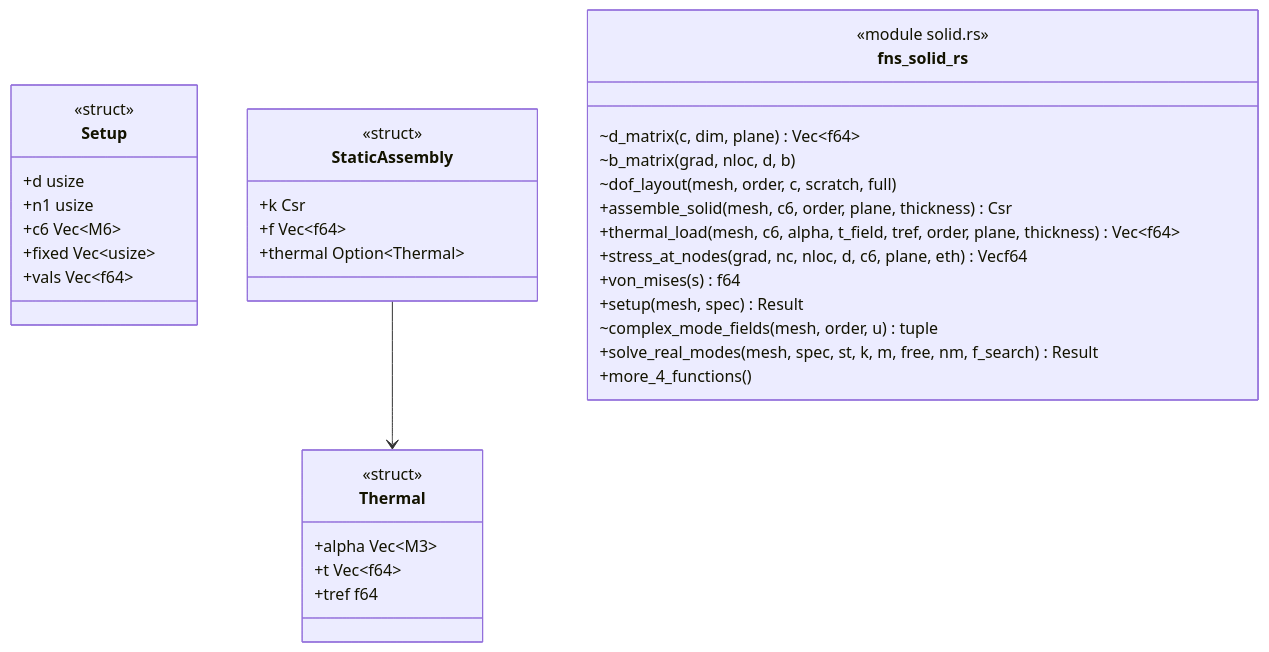
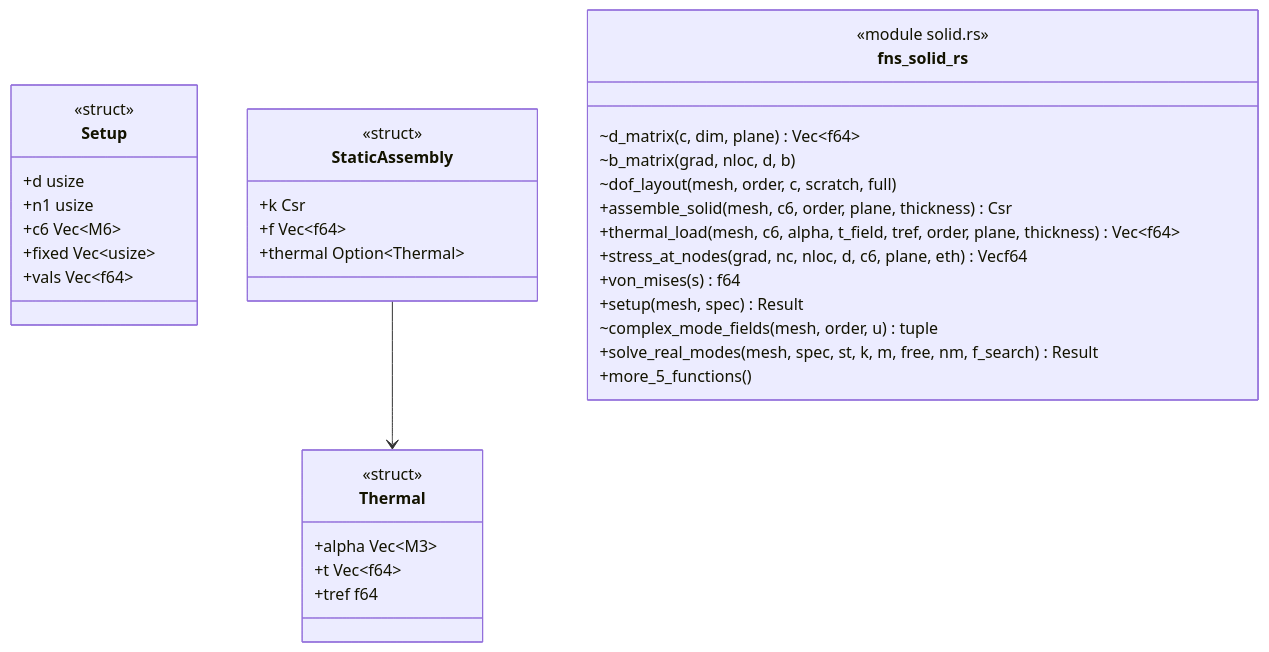
Before and after one commit to p-j-r/nyx: the diagram in docs/architecture/c4/4-code/sms/solid.md, drawn with Mermaid. The commit also changed other lines of this file and 82 other files, not shown here.

````diff
--- a/docs/architecture/c4/4-code/sms/solid.md
+++ b/docs/architecture/c4/4-code/sms/solid.md
@@ -41,38 +42,38 @@
 ```mermaid
 classDiagram
   class Setup {
       <<struct>>
       +d usize
       +n1 usize
       +c6 Vec~M6~
       +fixed Vec~usize~
       +vals Vec~f64~
   }
   class Thermal {
       <<struct>>
       +alpha Vec~M3~
       +t Vec~f64~
       +tref f64
   }
   class StaticAssembly {
       <<struct>>
       +k Csr
       +f Vec~f64~
       +thermal Option~Thermal~
   }
   class fns_solid_rs {
       <<module solid.rs>>
       ~d_matrix(c, dim, plane) Vec~f64~
       ~b_matrix(grad, nloc, d, b)
       ~dof_layout(mesh, order, c, scratch, full)
       +assemble_solid(mesh, c6, order, plane, thickness) Csr
       +thermal_load(mesh, c6, alpha, t_field, tref, order, plane, thickness) Vec~f64~
       +stress_at_nodes(grad, nc, nloc, d, c6, plane, eth) Vecf64
       +von_mises(s) f64
       +setup(mesh, spec) Result
       ~complex_mode_fields(mesh, order, u) tuple
       +solve_real_modes(mesh, spec, st, k, m, free, nm, f_search) Result
-      +more_4_functions()
+      +more_5_functions()
   }
   StaticAssembly --> Thermal
 ```
````
